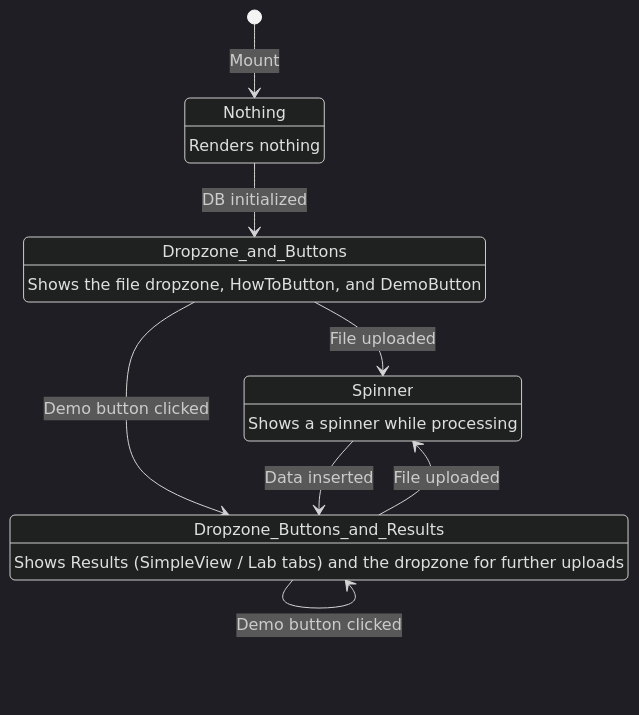
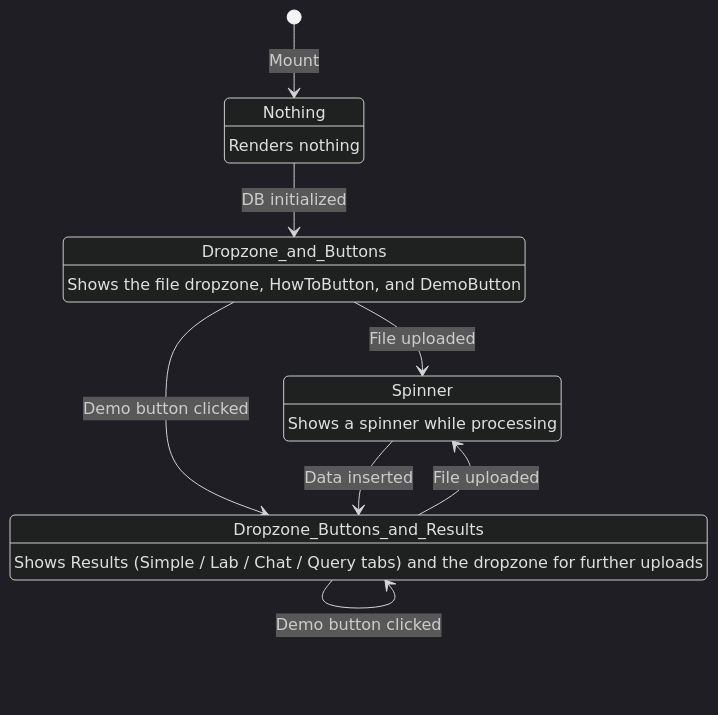
The first of 2 diagrams in app/README.md (Gudsfile/tracksy), drawn with Mermaid (dark theme) before and after one commit. The commit also changed other lines of this file and 1 other file, not shown here.

````diff
--- a/app/README.md
+++ b/app/README.md
@@ -59,20 +59,20 @@
 ```mermaid
 stateDiagram-v2
   [*] --> Nothing:Mount
   Nothing --> Dropzone_and_Buttons:DB initialized
   Dropzone_and_Buttons --> Spinner:File uploaded
   Dropzone_and_Buttons --> Dropzone_Buttons_and_Results:Demo button clicked
   Spinner --> Dropzone_Buttons_and_Results:Data inserted
   Dropzone_Buttons_and_Results --> Spinner:File uploaded
   Dropzone_Buttons_and_Results --> Dropzone_Buttons_and_Results:Demo button clicked
 
   Nothing:Nothing
   Dropzone_and_Buttons:Dropzone_and_Buttons
   Spinner:Spinner
   Dropzone_Buttons_and_Results:Dropzone_Buttons_and_Results
 
 Nothing:Renders nothing
 Dropzone_and_Buttons:Shows the file dropzone, HowToButton, and DemoButton
 Spinner:Shows a spinner while processing
-Dropzone_Buttons_and_Results:Shows Results (SimpleView / Lab tabs) and the dropzone for further uploads
+Dropzone_Buttons_and_Results:Shows Results (Simple / Lab / Chat / Query tabs) and the dropzone for further uploads
 ```
````
